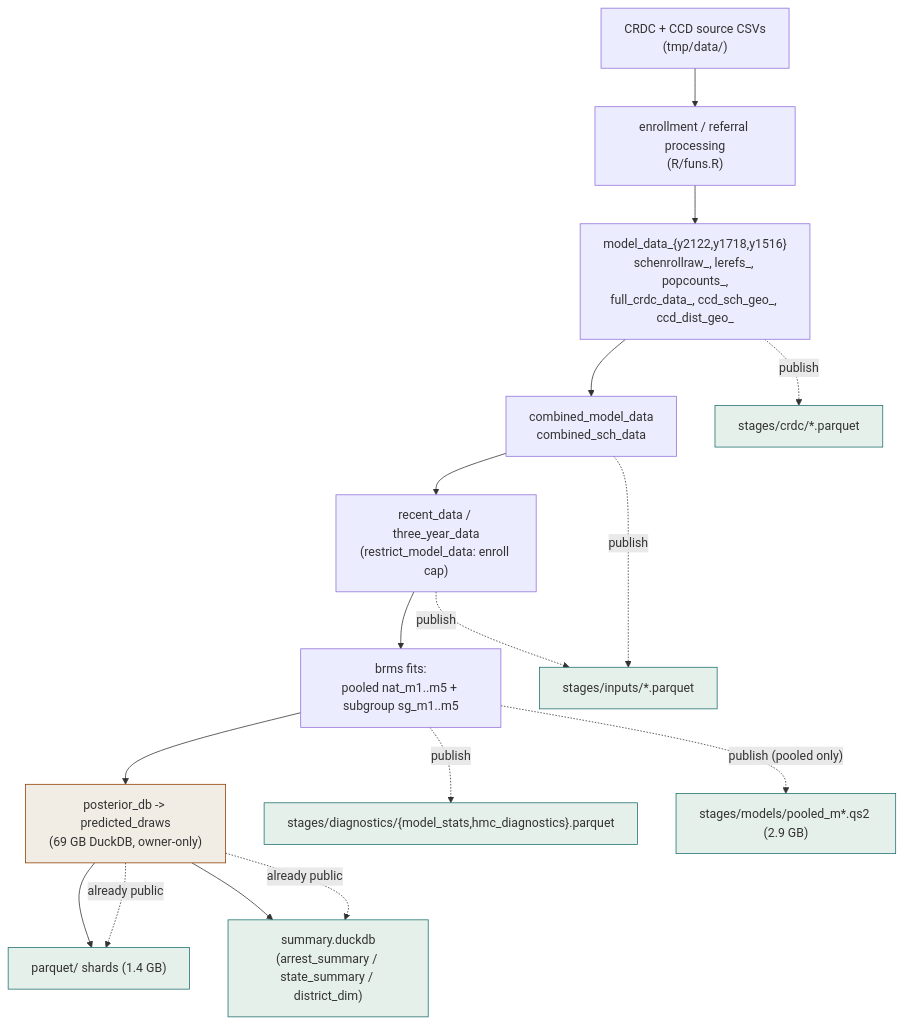
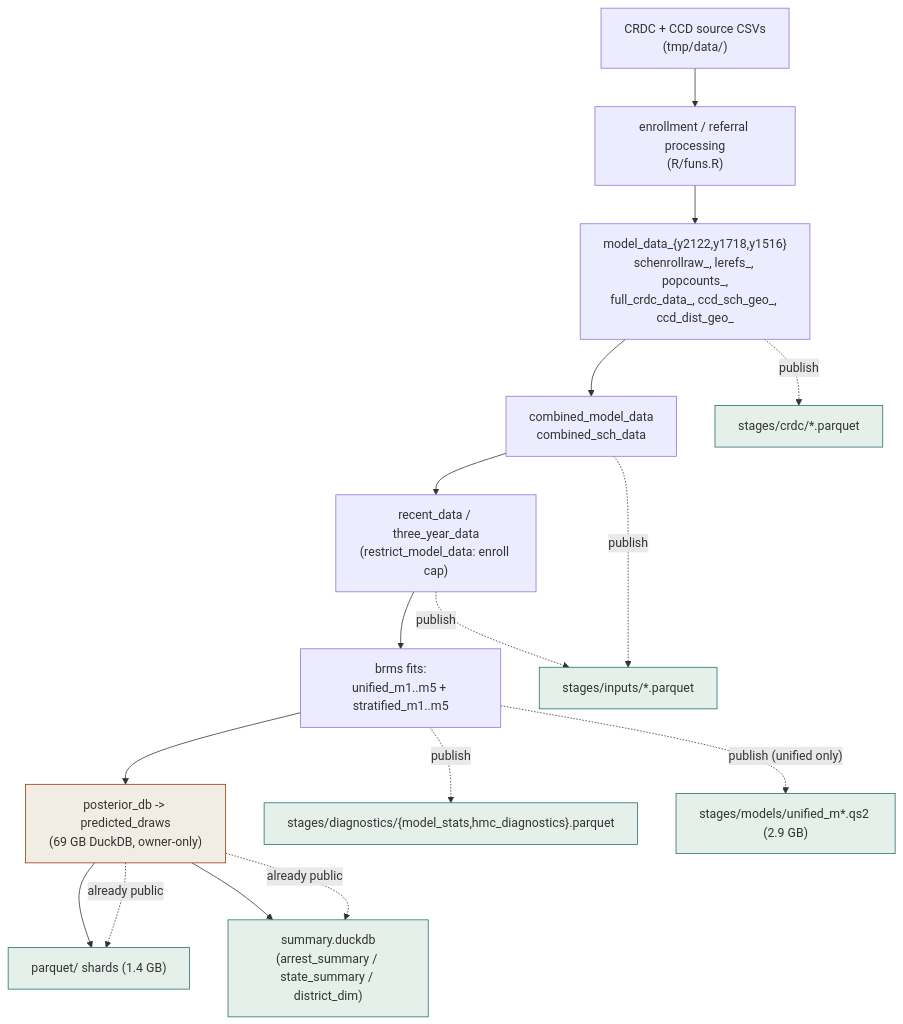
One commit to jknowles/crdc-arrests changed the diagram in docs/data-stages.md. Above: the diagram before and after it, drawn with Mermaid. The commit also changed other lines of this file and 46 other files, not shown here.

````diff
--- a/docs/data-stages.md
+++ b/docs/data-stages.md
@@ -18,25 +18,25 @@
 ```mermaid
 flowchart TD
   CSV["CRDC + CCD source CSVs<br/>(tmp/data/)"] --> PROC["enrollment / referral processing<br/>(R/funs.R)"]
   PROC --> MD["model_data_{y2122,y1718,y1516}<br/>schenrollraw_, lerefs_, popcounts_,<br/>full_crdc_data_, ccd_sch_geo_, ccd_dist_geo_"]
   MD --> COMB["combined_model_data<br/>combined_sch_data"]
   COMB --> RESTR["recent_data / three_year_data<br/>(restrict_model_data: enroll cap)"]
-  RESTR --> FITS["brms fits:<br/>pooled nat_m1..m5 + subgroup sg_m1..m5"]
+  RESTR --> FITS["brms fits:<br/>unified_m1..m5 + stratified_m1..m5"]
   FITS --> DRAWS["posterior_db -> predicted_draws<br/>(69 GB DuckDB, owner-only)"]
   DRAWS --> PARQUET["parquet/ shards (1.4 GB)"]
   DRAWS --> SUMM["summary.duckdb<br/>(arrest_summary / state_summary / district_dim)"]
 
   %% published staged intermediates (Subsystem 3)
   RESTR -.publish.-> SI["stages/inputs/*.parquet"]
   COMB  -.publish.-> SI
   MD    -.publish.-> SC["stages/crdc/*.parquet"]
   FITS  -.publish.-> SD["stages/diagnostics/{model_stats,hmc_diagnostics}.parquet"]
-  FITS  -.publish (pooled only).-> SM["stages/models/pooled_m*.qs2 (2.9 GB)"]
+  FITS  -.publish (unified only).-> SM["stages/models/unified_m*.qs2 (2.9 GB)"]
   DRAWS -.already public.-> PARQUET
   DRAWS -.already public.-> SUMM
 
   classDef owner fill:#f2ede4,stroke:#923d00;
   classDef pub fill:#e6f0ea,stroke:#1f6f70;
   class DRAWS owner;
   class SI,SC,SD,SM,PARQUET,SUMM pub;
 ```
````
